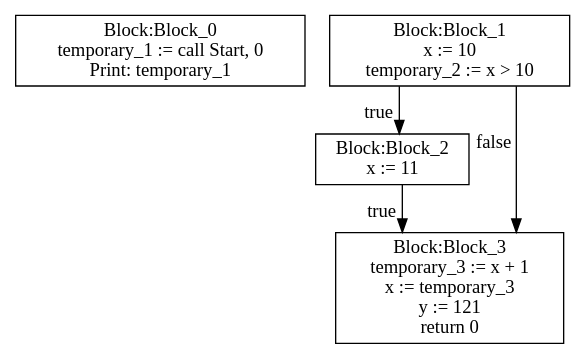
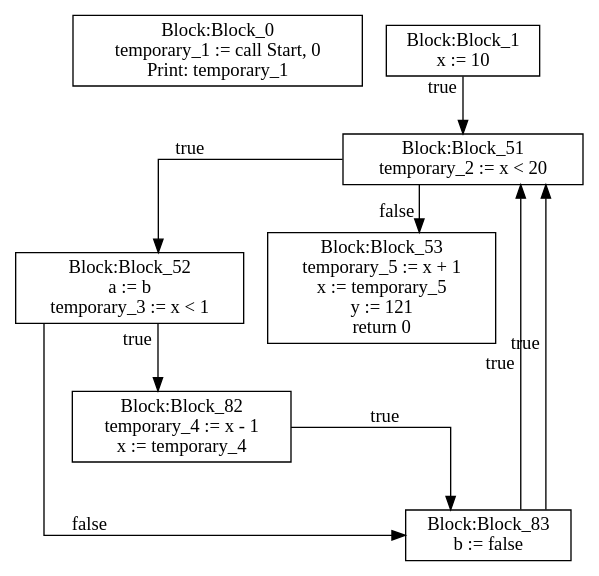
Before and after one commit to moondog-matthew/compiler-dv1655: the diagram in lab3/CFG-tree.dot, drawn with Graphviz. The commit also changed 4 other files, not shown here.

```diff
--- a/lab3/CFG-tree.dot
+++ b/lab3/CFG-tree.dot
@@ -1,25 +1,34 @@
 digraph {
 graph [ splines = ortho ]
 	node [ shape = box ];
 Block_0 [label="Block:Block_0
 temporary_1 := call Start, 0
 Print: temporary_1"];
 Block_1 [label="Block:Block_1
-x := 10
-temporary_2 := x > 10"];
-Block_1 -> Block_2 [xlabel = "true"]
-Block_2 [label="Block:Block_2
-x := 11"];
-Block_2 -> Block_3 [xlabel = "true"]
-Block_3 [label="Block:Block_3
-temporary_3 := x + 1
-x := temporary_3
-y := 121
-return 0"];
-Block_1 -> Block_3 [xlabel = "false"]
-Block_3 [label="Block:Block_3
-temporary_3 := x + 1
-x := temporary_3
+x := 10"];
+Block_1 -> Block_51 [xlabel = "true"]
+Block_51 [label="Block:Block_51
+temporary_2 := x < 20"];
+Block_51 -> Block_52 [xlabel = "true"]
+Block_52 [label="Block:Block_52
+a := b
+temporary_3 := x < 1"];
+Block_52 -> Block_82 [xlabel = "true"]
+Block_82 [label="Block:Block_82
+temporary_4 := x - 1
+x := temporary_4"];
+Block_82 -> Block_83 [xlabel = "true"]
+Block_83 [label="Block:Block_83
+b := false"];
+Block_83 -> Block_51 [xlabel = "true"]
+Block_52 -> Block_83 [xlabel = "false"]
+Block_83 [label="Block:Block_83
+b := false"];
+Block_83 -> Block_51 [xlabel = "true"]
+Block_51 -> Block_53 [xlabel = "false"]
+Block_53 [label="Block:Block_53
+temporary_5 := x + 1
+x := temporary_5
 y := 121
 return 0"];
 }
```
